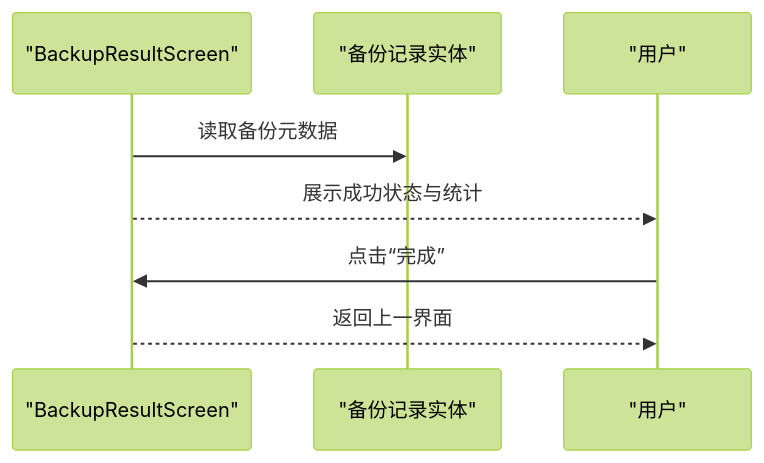
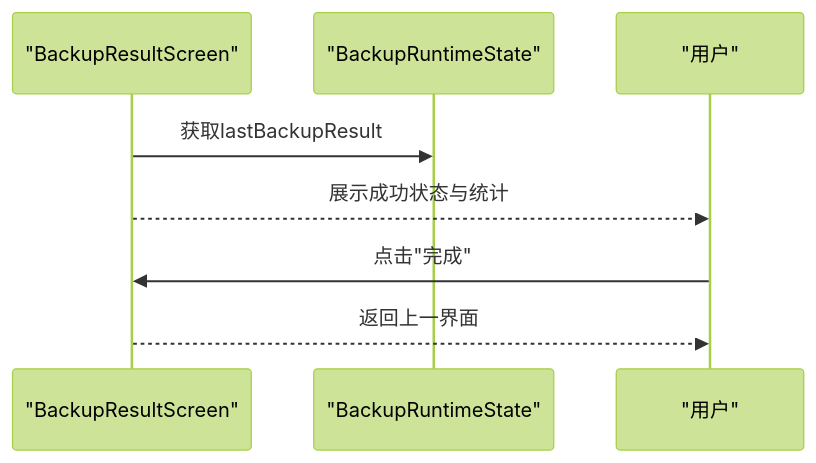
One commit to wanhongbo/ai-photo-vault changed the seventh of 12 diagrams in .qoder/repowiki/zh/content/核心功能模块/备份恢复系统.md. Above: the diagram before and after it, drawn with Mermaid (forest theme). The commit also changed other lines of this file and 22 other files, not shown here.

````diff
--- a/.qoder/repowiki/zh/content/核心功能模块/备份恢复系统.md
+++ b/.qoder/repowiki/zh/content/核心功能模块/备份恢复系统.md
@@ -189,10 +389,10 @@
 ```mermaid
 sequenceDiagram
 participant S as "BackupResultScreen"
-participant D as "备份记录实体"
+participant D as "BackupRuntimeState"
 participant U as "用户"
-S->>D : 读取备份元数据
+S->>D : 获取lastBackupResult
 S-->>U : 展示成功状态与统计
-U->>S : 点击“完成”
+U->>S : 点击"完成"
 S-->>U : 返回上一界面
 ```
````
